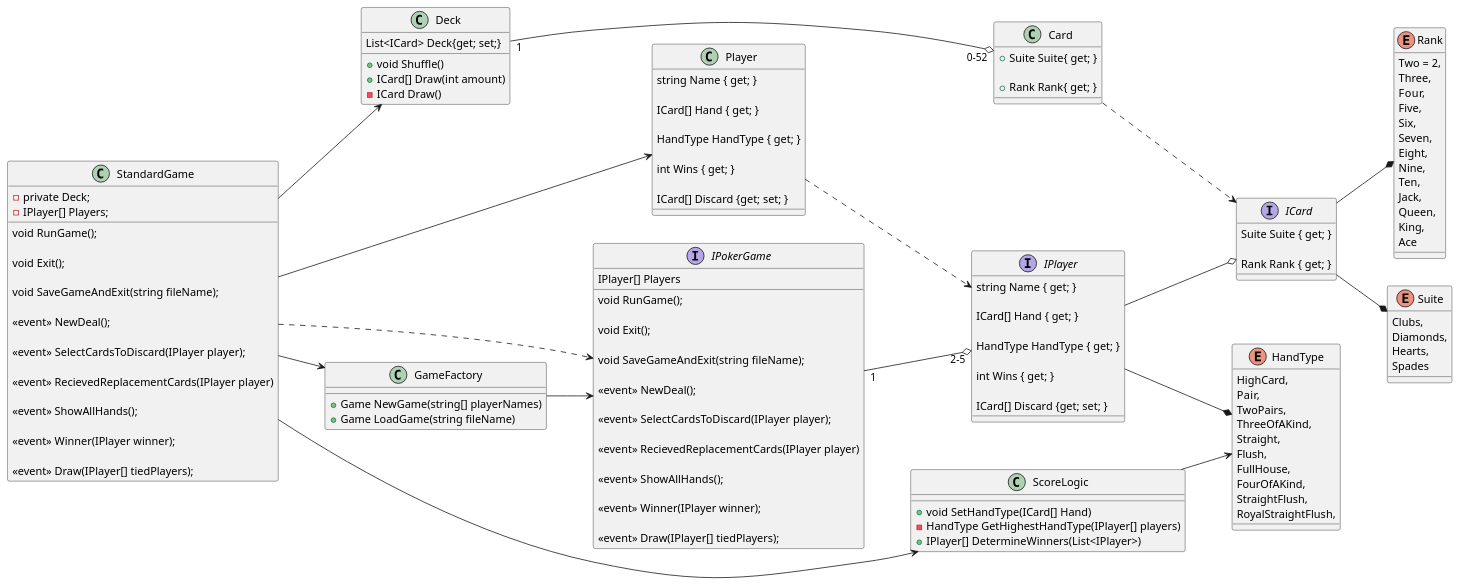
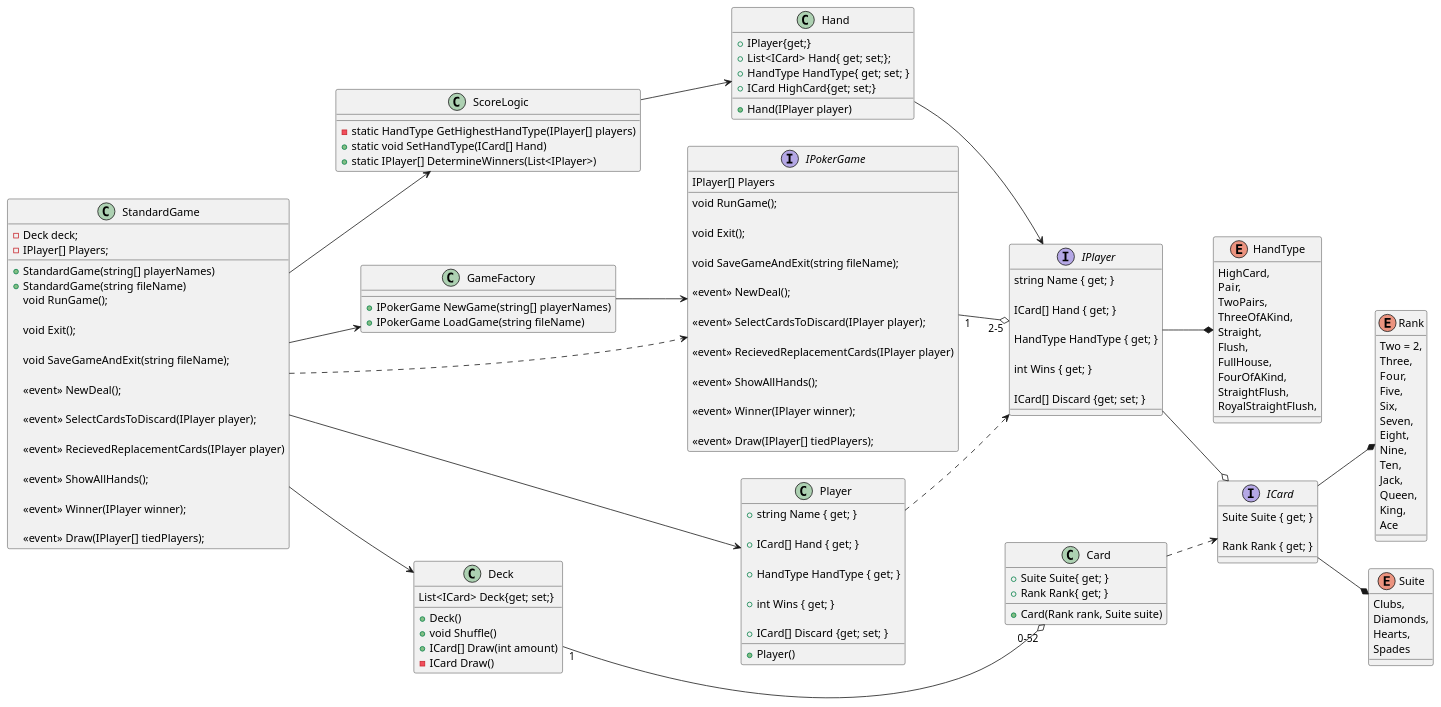
One commit to DantusMaximus/Lab-2---Poker changed the diagram in PokerLib/Design.plantuml. Above: the diagram before and after it, drawn with PlantUML. The commit also changed 4 other files, not shown here.

```diff
--- a/PokerLib/Design.plantuml
+++ b/PokerLib/Design.plantuml
@@ -1,147 +1,159 @@
 @startuml Design
 left to right direction
 class GameFactory
 {
-    +Game NewGame(string[] playerNames)
-    +Game LoadGame(string fileName)
+    +IPokerGame NewGame(string[] playerNames)
+    +IPokerGame LoadGame(string fileName)
 }
 GameFactory ==> IPokerGame
 interface IPokerGame
 {
     IPlayer[] Players
     void RunGame();
 
     void Exit();
 
     void SaveGameAndExit(string fileName);
 
     <<event>> NewDeal();
 
     <<event>> SelectCardsToDiscard(IPlayer player);
 
     <<event>> RecievedReplacementCards(IPlayer player)
 
     <<event>> ShowAllHands();
 
     <<event>> Winner(IPlayer winner);
 
     <<event>> Draw(IPlayer[] tiedPlayers);
 }
+IPokerGame "1" ==o "2-5"IPlayer
 class StandardGame
 {
-    -private Deck;
+    +StandardGame(string[] playerNames)
+    +StandardGame(string fileName)
+    -Deck deck;
     -IPlayer[] Players;
     void RunGame();
 
     void Exit();
 
     void SaveGameAndExit(string fileName);
 
     <<event>> NewDeal();
 
     <<event>> SelectCardsToDiscard(IPlayer player);
 
     <<event>> RecievedReplacementCards(IPlayer player)
 
     <<event>> ShowAllHands();
 
     <<event>> Winner(IPlayer winner);
 
     <<event>> Draw(IPlayer[] tiedPlayers);
 }
 StandardGame --> Player
 StandardGame --> Deck
 StandardGame ..> IPokerGame
 StandardGame --> GameFactory
 StandardGame --> ScoreLogic
 class ScoreLogic{
-    +void SetHandType(ICard[] Hand)
-    -HandType GetHighestHandType(IPlayer[] players)
-    +IPlayer[] DetermineWinners(List<IPlayer>)
+    -static HandType GetHighestHandType(IPlayer[] players)
+    +static void SetHandType(ICard[] Hand)
+    +static IPlayer[] DetermineWinners(List<IPlayer>)
 }
-ScoreLogic --> HandType
-IPokerGame "1" ==o "2-5"IPlayer
+ScoreLogic --> Hand
+class Hand{
+    +Hand(IPlayer player)
+    +IPlayer{get;}
+    +List<ICard> Hand{ get; set;};
+    +HandType HandType{ get; set; }
+    +ICard HighCard{get; set;}
+}
+Hand --> IPlayer
 interface IPlayer{
     string Name { get; }
 
     ICard[] Hand { get; }
 
     HandType HandType { get; }
 
     int Wins { get; }
 
     ICard[] Discard {get; set; }
 }
 class Player{
-    string Name { get; }
+    +Player()
+    +string Name { get; }
 
-    ICard[] Hand { get; }
+    +ICard[] Hand { get; }
 
-    HandType HandType { get; }
+    +HandType HandType { get; }
 
-    int Wins { get; }
+    +int Wins { get; }
 
-    ICard[] Discard {get; set; }
+    +ICard[] Discard {get; set; }
 }
 Player ..> IPlayer
-IPlayer ==* HandType
+IPlayer --* HandType
 enum HandType
 {
     HighCard,
     Pair,
     TwoPairs,
     ThreeOfAKind,
     Straight,
     Flush,
     FullHouse,
     FourOfAKind,
     StraightFlush,
     RoyalStraightFlush,
 }
 IPlayer ==o ICard
 Card ..> ICard
 Deck "1" --o "0-52" Card
 class Deck{
+    +Deck()
     +void Shuffle()
     +ICard[] Draw(int amount)
     -ICard Draw()
     List<ICard> Deck{get; set;}
 }
 interface ICard
 {
     Suite Suite { get; }
 
     Rank Rank { get; }
 }
 class Card
 {
+    +Card(Rank rank, Suite suite)
     +Suite Suite{ get; }
-
     +Rank Rank{ get; }
 }
 ICard ==* Rank
 ICard ==* Suite
 enum Rank{
     Two = 2,
     Three,
     Four,
     Five,
     Six,
     Seven,
     Eight,
     Nine,
     Ten,
     Jack,
     Queen,
     King,
     Ace
 }
 enum Suite{
     Clubs,
     Diamonds,
     Hearts,
     Spades
 }
 
 
 @enduml
```
